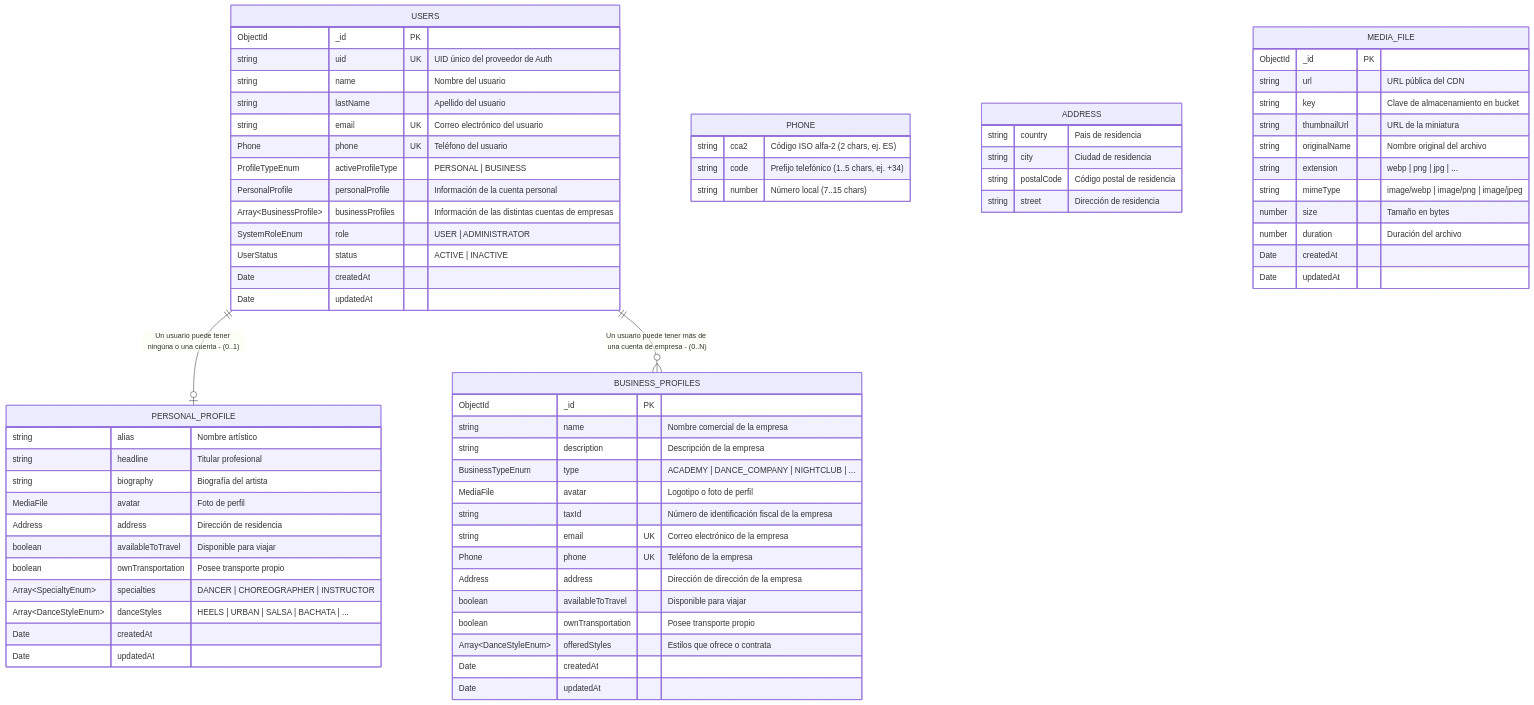
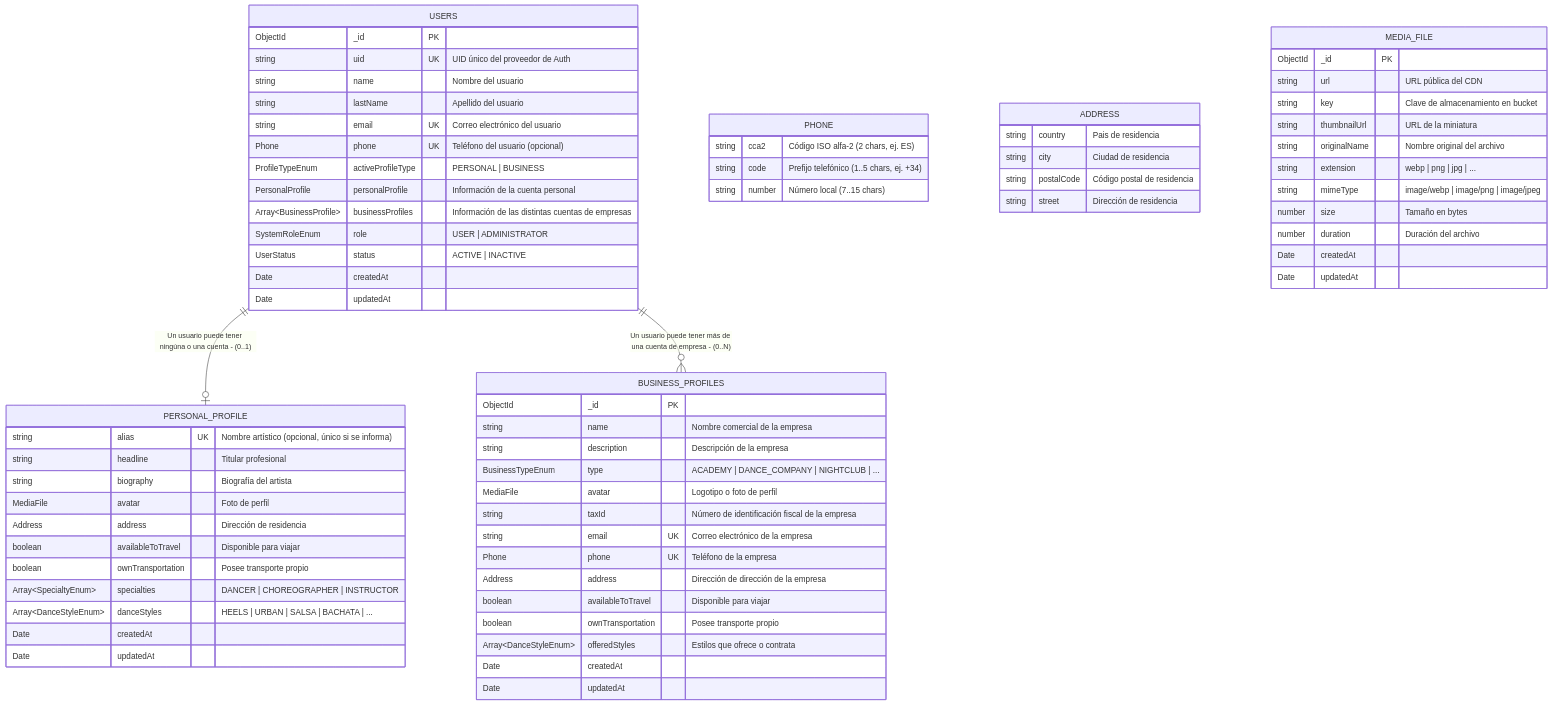
Before and after one commit to Joel287g/talent-hub: the diagram in docs/architecture/entity-relationship-diagram.md, drawn with Mermaid. The commit also changed 7 other files, not shown here.

Commit message:
feat: Actualizar los esquemas de usuario y de archivos multimedia para que el teléfono y el alias sean opcionales, y añadir la duración a la asignación de archivos multimedia.

```diff
--- a/docs/architecture/entity-relationship-diagram.md
+++ b/docs/architecture/entity-relationship-diagram.md
@@ -23,7 +23,7 @@
         string lastName "Apellido del usuario"
 
         string email UK "Correo electrónico del usuario"
-        Phone phone UK "Teléfono del usuario"
+        Phone phone UK "Teléfono del usuario (opcional)"
 
         ProfileTypeEnum activeProfileType "PERSONAL | BUSINESS"
 
@@ -38,7 +38,7 @@
     }
 
     PERSONAL_PROFILE {
-        string alias "Nombre artístico"
+        string alias UK "Nombre artístico (opcional, único si se informa)"
         string headline "Titular profesional"
         string biography "Biografía del artista"
         MediaFile avatar "Foto de perfil"
```
